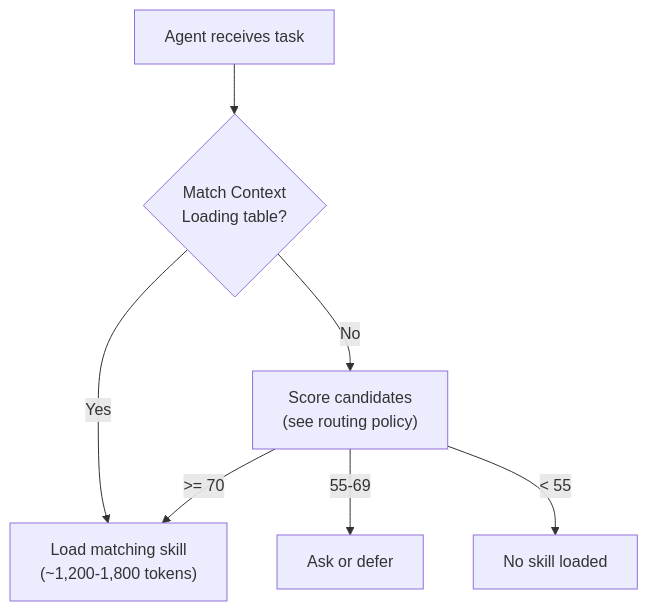
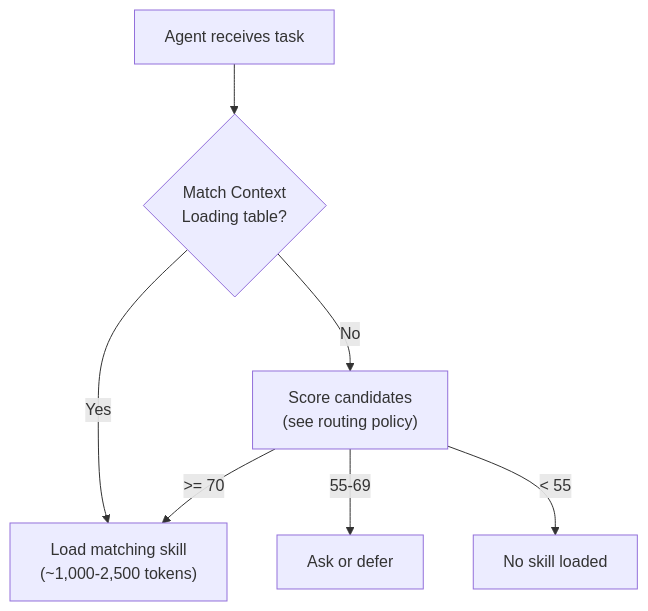
The second of 2 diagrams in content/guides/skills-catalog.md (SergiuSavva/ai-context-docs-lifecycle), drawn with Mermaid before and after one commit. The commit also changed other lines of this file and 4 other files, not shown here.

````diff
--- a/content/guides/skills-catalog.md
+++ b/content/guides/skills-catalog.md
@@ -173,9 +173,9 @@
 ```mermaid
 flowchart TD
     Task["Agent receives task"] --> Match{"Match Context\nLoading table?"}
-    Match -->|"Yes"| Load["Load matching skill\n(~1,200-1,800 tokens)"]
+    Match -->|"Yes"| Load["Load matching skill\n(~1,000-2,500 tokens)"]
     Match -->|"No"| Score["Score candidates\n(see routing policy)"]
     Score -->|">= 70"| Load
     Score -->|"55-69"| Ask["Ask or defer"]
     Score -->|"< 55"| Skip["No skill loaded"]
 ```
````
